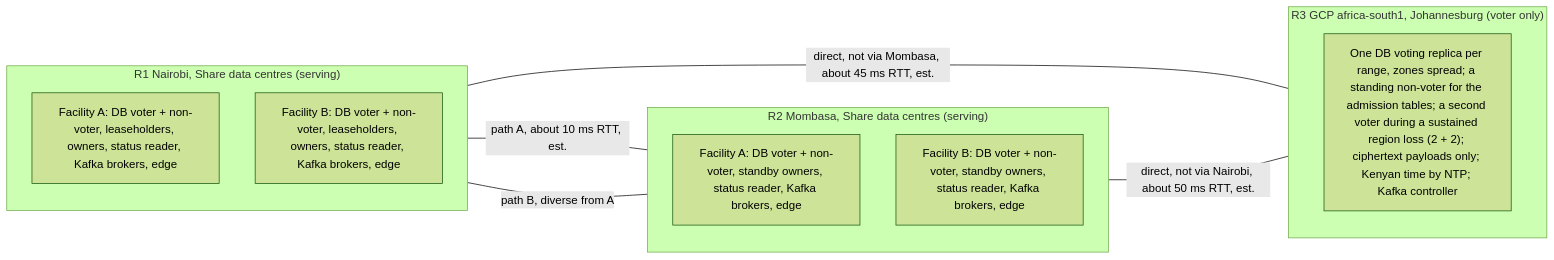
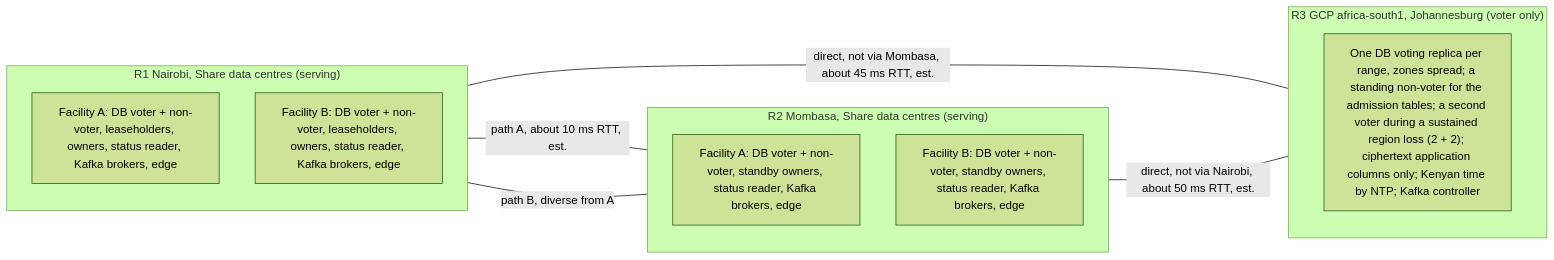
The fourth of 4 diagrams in docs/03-rfcs/RFC-000-architecture.md (tgenov/bandwidth-reservations), drawn with Mermaid (forest theme) before and after one commit. The commit also changed other lines of this file and 16 other files, not shown here.

````diff
--- a/docs/03-rfcs/RFC-000-architecture.md
+++ b/docs/03-rfcs/RFC-000-architecture.md
@@ -916,18 +1025,18 @@
 ```mermaid
 flowchart LR
   subgraph R1["R1 Nairobi, Share data centres (serving)"]
     R1a["Facility A: DB voter + non-voter, leaseholders, owners, status reader, Kafka brokers, edge"]
     R1b["Facility B: DB voter + non-voter, leaseholders, owners, status reader, Kafka brokers, edge"]
   end
   subgraph R2["R2 Mombasa, Share data centres (serving)"]
     R2a["Facility A: DB voter + non-voter, standby owners, status reader, Kafka brokers, edge"]
     R2b["Facility B: DB voter + non-voter, standby owners, status reader, Kafka brokers, edge"]
   end
   subgraph R3["R3 GCP africa-south1, Johannesburg (voter only)"]
-    R3a["One DB voting replica per range, zones spread; a standing non-voter for the admission tables; a second voter during a sustained region loss (2 + 2); ciphertext payloads only; Kenyan time by NTP; Kafka controller"]
+    R3a["One DB voting replica per range, zones spread; a standing non-voter for the admission tables; a second voter during a sustained region loss (2 + 2); ciphertext application columns only; Kenyan time by NTP; Kafka controller"]
   end
   R1 ---|"path A, about 10 ms RTT, est."| R2
   R1 ---|"path B, diverse from A"| R2
   R1 ---|"direct, not via Mombasa, about 45 ms RTT, est."| R3
   R2 ---|"direct, not via Nairobi, about 50 ms RTT, est."| R3
 ```
````
